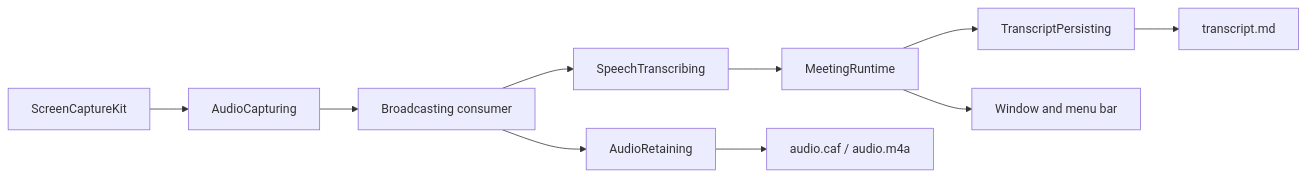
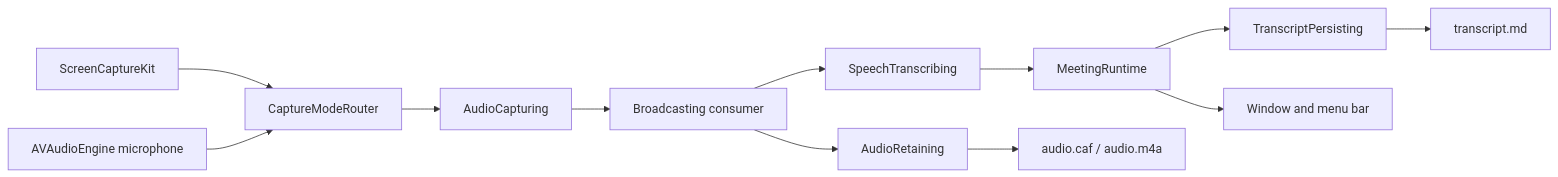
One commit to quangshuynh/scribekit changed the diagram in docs/internals/architecture.md. Above: the diagram before and after it, drawn with Mermaid. The commit also changed other lines of this file and 18 other files, not shown here.

````diff
--- a/docs/internals/architecture.md
+++ b/docs/internals/architecture.md
@@ -25,12 +25,14 @@
 ```mermaid
 flowchart LR
-  SCK[ScreenCaptureKit] --> CAP[AudioCapturing]
+  SCK[ScreenCaptureKit] --> ROUTE[CaptureModeRouter]
+  MIC[AVAudioEngine microphone] --> ROUTE
+  ROUTE --> CAP[AudioCapturing]
   CAP --> BC[Broadcasting consumer]
   BC --> TX[SpeechTranscribing]
   BC --> AR[AudioRetaining]
   TX --> RT[MeetingRuntime]
   RT --> TP[TranscriptPersisting]
   TP --> MD[transcript.md]
   AR --> AUD[audio.caf / audio.m4a]
   RT --> UI[Window and menu bar]
 ```
````
